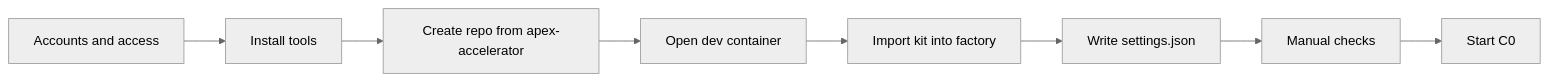
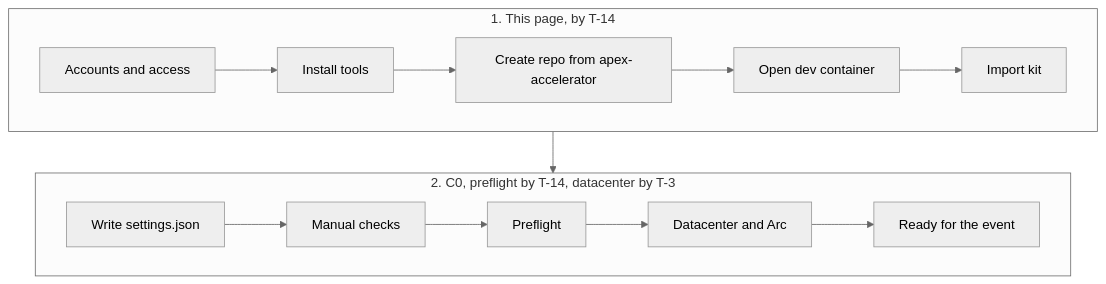
One commit to jonathan-vella/apex-factory-hackathon changed the diagram in site/src/content/docs/getting-started/prerequisites.md. Above: the diagram before and after it, drawn with Mermaid (neutral theme). The commit also changed other lines of this file and 19 other files, not shown here.

````diff
--- a/site/src/content/docs/getting-started/prerequisites.md
+++ b/site/src/content/docs/getting-started/prerequisites.md
@@ -10,4 +15,12 @@
 ```mermaid
-flowchart LR
-  A[Accounts and access] --> B[Install tools] --> C[Create repo from apex-accelerator] --> D[Open dev container] --> E[Import kit into factory] --> F[Write settings.json] --> G[Manual checks] --> H[Start C0]
+flowchart TB
+  subgraph S1["1. This page, by T-14"]
+    direction LR
+    A[Accounts and access] --> B[Install tools] --> C[Create repo from apex-accelerator] --> D[Open dev container] --> E[Import kit]
+  end
+  subgraph S2["2. C0, preflight by T-14, datacenter by T-3"]
+    direction LR
+    F[Write settings.json] --> G[Manual checks] --> H[Preflight] --> I[Datacenter and Arc] --> J[Ready for the event]
+  end
+  S1 --> S2
 ```
````
